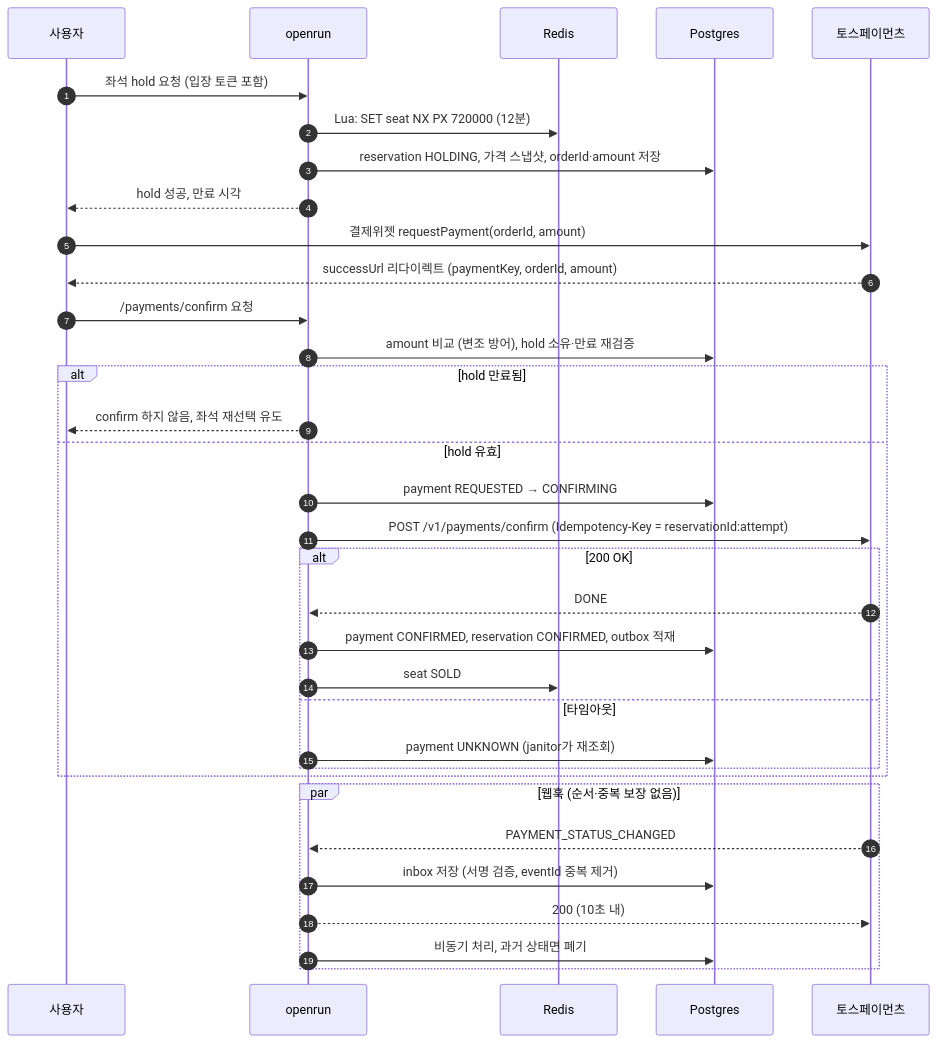
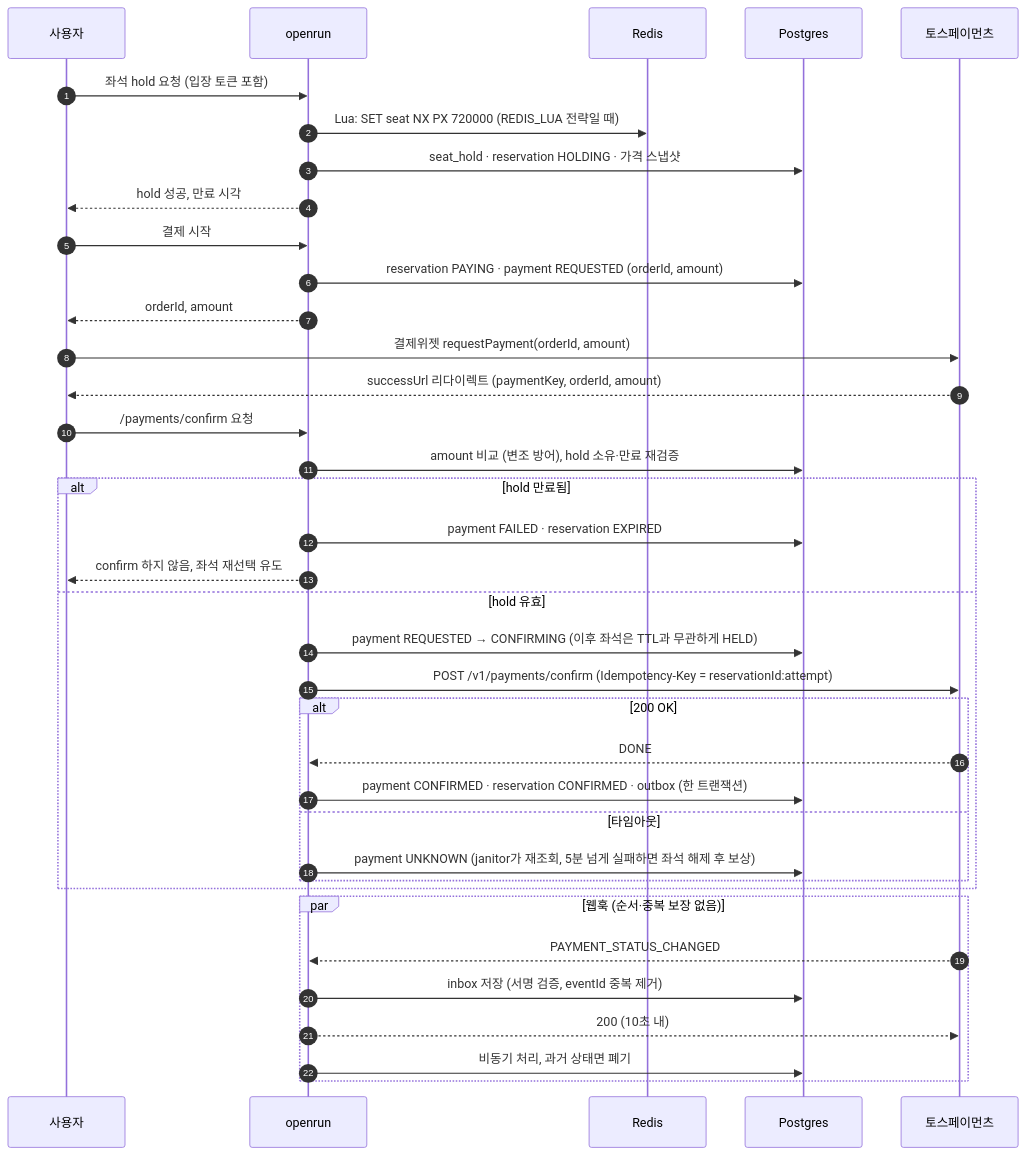
Before and after one commit to lim950808/openrun: the sixth of 10 diagrams in docs/blueprint.md, drawn with Mermaid. The commit also changed other lines of this file and 7 other files, not shown here.

````diff
--- a/docs/blueprint.md
+++ b/docs/blueprint.md
@@ -204,40 +218,44 @@
 ```mermaid
 sequenceDiagram
     autonumber
     participant U as 사용자
     participant S as openrun
     participant R as Redis
     participant DB as Postgres
     participant T as 토스페이먼츠
 
     U->>S: 좌석 hold 요청 (입장 토큰 포함)
-    S->>R: Lua: SET seat NX PX 720000 (12분)
-    S->>DB: reservation HOLDING, 가격 스냅샷, orderId·amount 저장
+    S->>R: Lua: SET seat NX PX 720000 (REDIS_LUA 전략일 때)
+    S->>DB: seat_hold · reservation HOLDING · 가격 스냅샷
     S-->>U: hold 성공, 만료 시각
+
+    U->>S: 결제 시작
+    S->>DB: reservation PAYING · payment REQUESTED (orderId, amount)
+    S-->>U: orderId, amount
 
     U->>T: 결제위젯 requestPayment(orderId, amount)
     T-->>U: successUrl 리다이렉트 (paymentKey, orderId, amount)
     U->>S: /payments/confirm 요청
 
     S->>DB: amount 비교 (변조 방어), hold 소유·만료 재검증
     alt hold 만료됨
+        S->>DB: payment FAILED · reservation EXPIRED
         S-->>U: confirm 하지 않음, 좌석 재선택 유도
     else hold 유효
-        S->>DB: payment REQUESTED → CONFIRMING
+        S->>DB: payment REQUESTED → CONFIRMING (이후 좌석은 TTL과 무관하게 HELD)
         S->>T: POST /v1/payments/confirm (Idempotency-Key = reservationId:attempt)
         alt 200 OK
             T-->>S: DONE
-            S->>DB: payment CONFIRMED, reservation CONFIRMED, outbox 적재
-            S->>R: seat SOLD
+            S->>DB: payment CONFIRMED · reservation CONFIRMED · outbox (한 트랜잭션)
         else 타임아웃
-            S->>DB: payment UNKNOWN (janitor가 재조회)
+            S->>DB: payment UNKNOWN (janitor가 재조회, 5분 넘게 실패하면 좌석 해제 후 보상)
         end
     end
 
     par 웹훅 (순서·중복 보장 없음)
         T-->>S: PAYMENT_STATUS_CHANGED
         S->>DB: inbox 저장 (서명 검증, eventId 중복 제거)
         S-->>T: 200 (10초 내)
         S->>DB: 비동기 처리, 과거 상태면 폐기
     end
 ```
````
